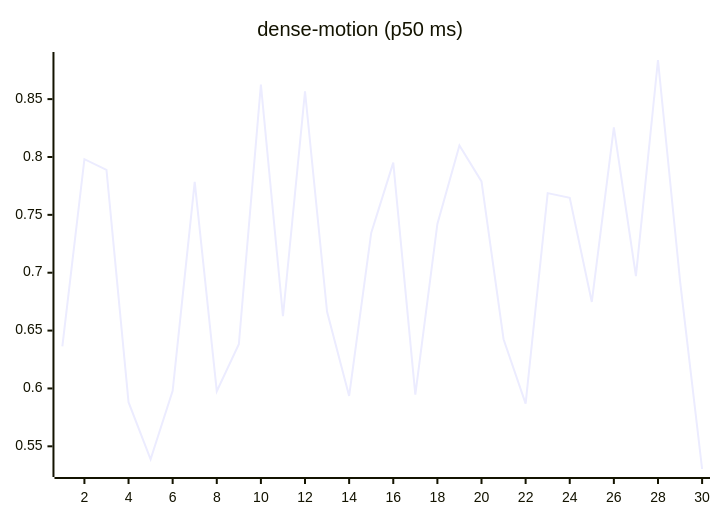
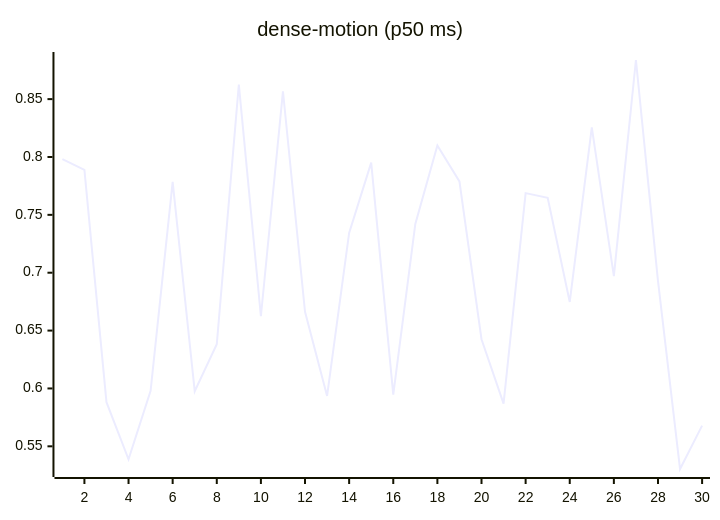
Before and after one commit to josha/Facet: the ninth of 27 diagrams in README.md, drawn with Mermaid. The commit also changed other lines of this file and 2 other files, not shown here.

````diff
--- a/README.md
+++ b/README.md
@@ -119,6 +119,6 @@
 ```mermaid
 xychart-beta
     title "dense-motion (p50 ms)"
     x-axis 1 --> 30
-    line [0.6364, 0.7981, 0.7888, 0.5881, 0.5388, 0.5980, 0.7785, 0.5976, 0.6382, 0.8626, 0.6624, 0.8567, 0.6662, 0.5935, 0.7344, 0.7951, 0.5946, 0.7422, 0.8099, 0.7789, 0.6425, 0.5869, 0.7688, 0.7647, 0.6747, 0.8256, 0.6971, 0.8838, 0.6929, 0.5304]
+    line [0.7981, 0.7888, 0.5881, 0.5388, 0.5980, 0.7785, 0.5976, 0.6382, 0.8626, 0.6624, 0.8567, 0.6662, 0.5935, 0.7344, 0.7951, 0.5946, 0.7422, 0.8099, 0.7789, 0.6425, 0.5869, 0.7688, 0.7647, 0.6747, 0.8256, 0.6971, 0.8838, 0.6929, 0.5304, 0.5679]
 ```
````
